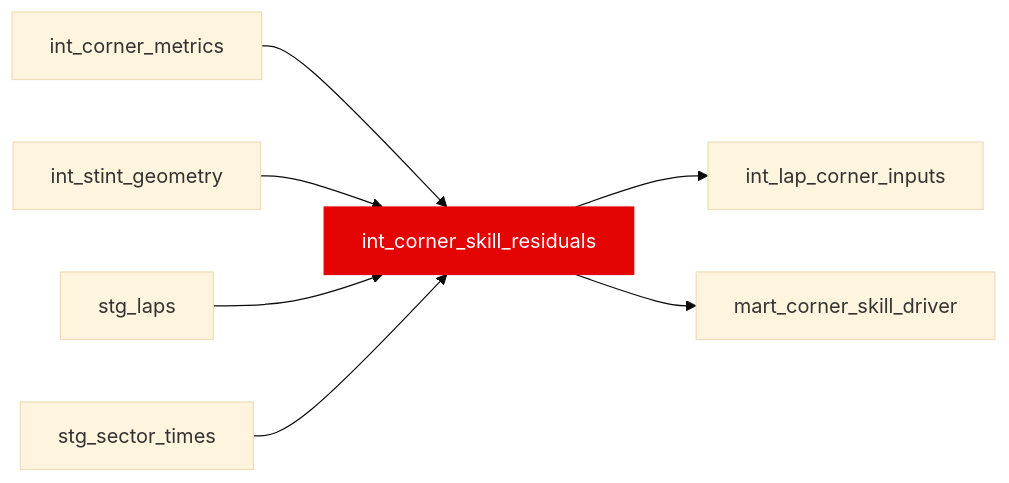
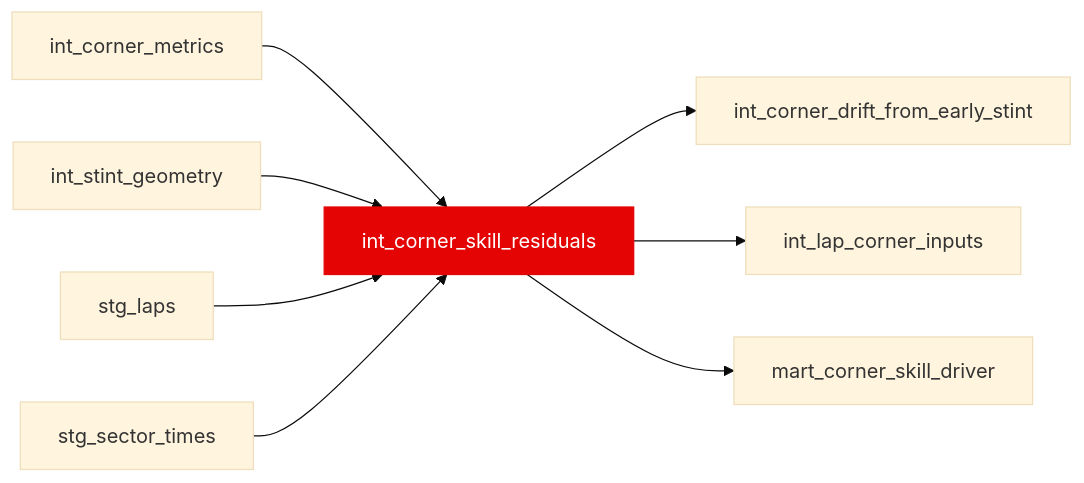
Before and after one commit to JustinClarke/off-the-pace: the diagram in docs/reference/models/int/int_corner_skill_residuals.mdx, drawn with Mermaid (base theme). The commit also changed 79 other files, not shown here.

````diff
--- a/docs/reference/models/int/int_corner_skill_residuals.mdx
+++ b/docs/reference/models/int/int_corner_skill_residuals.mdx
@@ -18,10 +18,11 @@
 ```mermaid
 flowchart LR
   int_corner_metrics --> int_corner_skill_residuals
   int_stint_geometry --> int_corner_skill_residuals
   stg_laps --> int_corner_skill_residuals
   stg_sector_times --> int_corner_skill_residuals
+  int_corner_skill_residuals --> int_corner_drift_from_early_stint
   int_corner_skill_residuals --> int_lap_corner_inputs
   int_corner_skill_residuals --> mart_corner_skill_driver
   style int_corner_skill_residuals fill:#e40404,stroke:#e40404,color:#fff
 ```
````
